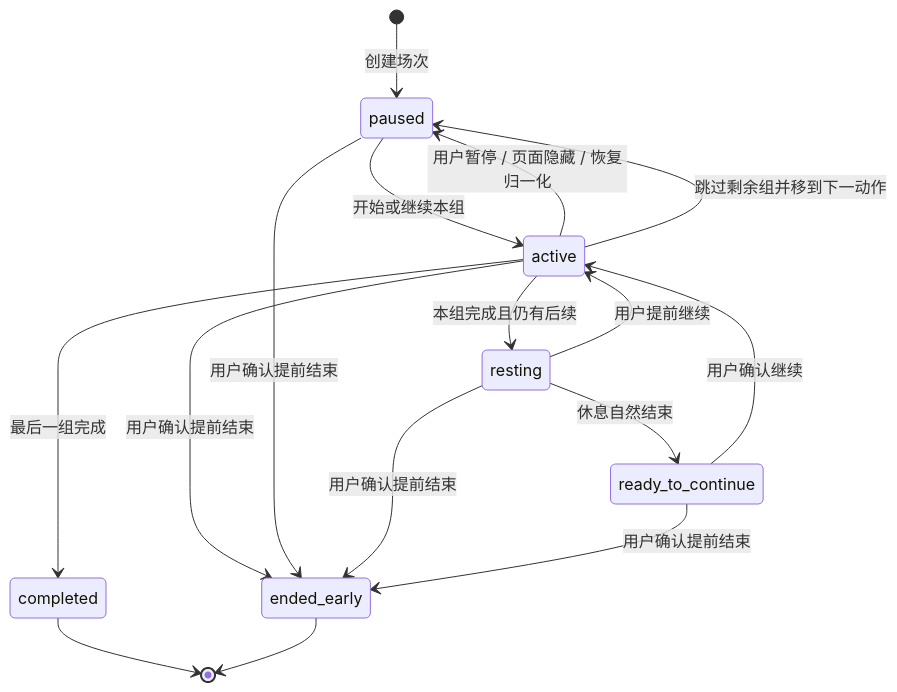
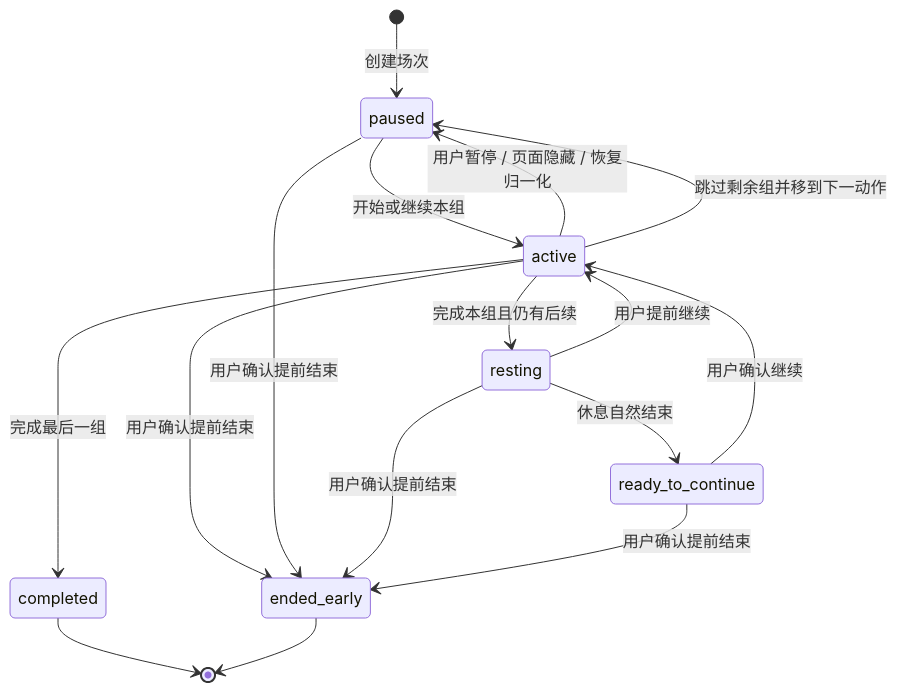
One commit to happyJumpup/Hachimi changed the diagram in docs/technical/training-session-contract.md. Above: the diagram before and after it, drawn with Mermaid. The commit also changed other lines of this file and 53 other files, not shown here.

````diff
--- a/docs/technical/training-session-contract.md
+++ b/docs/technical/training-session-contract.md
@@ -214,18 +315,18 @@
 ```mermaid
 stateDiagram-v2
     [*] --> paused: 创建场次
     paused --> active: 开始或继续本组
     active --> paused: 用户暂停 / 页面隐藏 / 恢复归一化
-    active --> resting: 本组完成且仍有后续
-    active --> completed: 最后一组完成
+    active --> resting: 完成本组且仍有后续
+    active --> completed: 完成最后一组
     resting --> active: 用户提前继续
     resting --> ready_to_continue: 休息自然结束
     ready_to_continue --> active: 用户确认继续
     active --> paused: 跳过剩余组并移到下一动作
     active --> ended_early: 用户确认提前结束
     paused --> ended_early: 用户确认提前结束
     resting --> ended_early: 用户确认提前结束
     ready_to_continue --> ended_early: 用户确认提前结束
     completed --> [*]
     ended_early --> [*]
 ```
````
